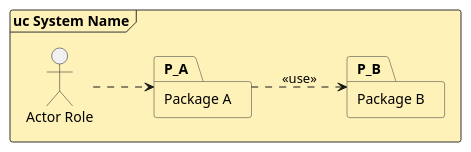
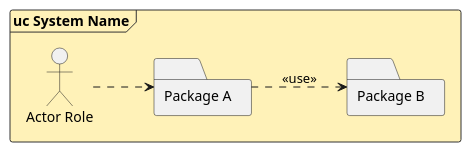
The second of 7 diagrams in skills/uml-diagrams/references/plantuml-patterns.md (mblauberg/agent-harness), drawn with PlantUML before and after one commit. The commit also changed other lines of this file and 198 other files, not shown here.

````diff
--- a/skills/uml-diagrams/references/plantuml-patterns.md
+++ b/skills/uml-diagrams/references/plantuml-patterns.md
@@ -22,24 +21,21 @@
 ```plantuml
 @startuml
 left to right direction
 skinparam shadowing false
 skinparam actorStyle stickman
-skinparam packageStyle folder
 skinparam package {
   BackgroundColor #FFF2B8
   BorderColor #333333
 }
 
 frame "uc System Name" {
   actor "Actor Role" as A_Role
 
-  package "Package A" as P_A {
-  }
-  package "Package B" as P_B {
-  }
+  folder "Package A" as P_A
+  folder "Package B" as P_B
 
   A_Role ..> P_A
   P_A ..> P_B : <<use>>
 }
 @enduml
 ```
````
